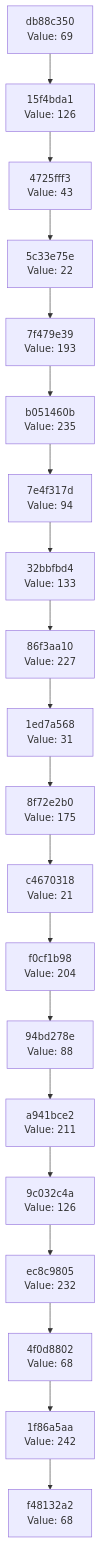
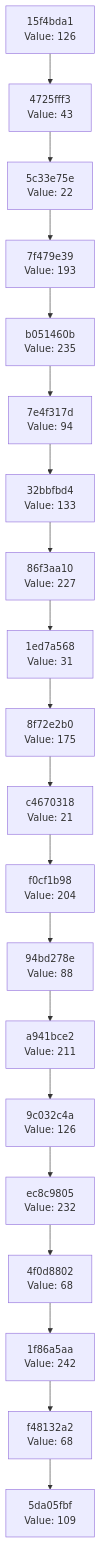
The diagram in docs/CHAIN_VISUALIZATION.md (Abhisheksinha1506/hash-chain-evolver), drawn with Mermaid before and after one commit. The commit also changed 2 other files, not shown here.

Commit message:
Evolution step: hash 0x6D → action executed

````diff
--- a/docs/CHAIN_VISUALIZATION.md
+++ b/docs/CHAIN_VISUALIZATION.md
@@ -3,42 +3,42 @@
 ```mermaid
 graph TD
-    C0["f48132a2<br/>Value: 68"]
-    C1["1f86a5aa<br/>Value: 242"]
+    C0["5da05fbf<br/>Value: 109"]
+    C1["f48132a2<br/>Value: 68"]
     C1 --> C0
-    C2["4f0d8802<br/>Value: 68"]
+    C2["1f86a5aa<br/>Value: 242"]
     C2 --> C1
-    C3["ec8c9805<br/>Value: 232"]
+    C3["4f0d8802<br/>Value: 68"]
     C3 --> C2
-    C4["9c032c4a<br/>Value: 126"]
+    C4["ec8c9805<br/>Value: 232"]
     C4 --> C3
-    C5["a941bce2<br/>Value: 211"]
+    C5["9c032c4a<br/>Value: 126"]
     C5 --> C4
-    C6["94bd278e<br/>Value: 88"]
+    C6["a941bce2<br/>Value: 211"]
     C6 --> C5
-    C7["f0cf1b98<br/>Value: 204"]
+    C7["94bd278e<br/>Value: 88"]
     C7 --> C6
-    C8["c4670318<br/>Value: 21"]
+    C8["f0cf1b98<br/>Value: 204"]
     C8 --> C7
-    C9["8f72e2b0<br/>Value: 175"]
+    C9["c4670318<br/>Value: 21"]
     C9 --> C8
-    C10["1ed7a568<br/>Value: 31"]
+    C10["8f72e2b0<br/>Value: 175"]
     C10 --> C9
-    C11["86f3aa10<br/>Value: 227"]
+    C11["1ed7a568<br/>Value: 31"]
     C11 --> C10
-    C12["32bbfbd4<br/>Value: 133"]
+    C12["86f3aa10<br/>Value: 227"]
     C12 --> C11
-    C13["7e4f317d<br/>Value: 94"]
+    C13["32bbfbd4<br/>Value: 133"]
     C13 --> C12
-    C14["b051460b<br/>Value: 235"]
+    C14["7e4f317d<br/>Value: 94"]
     C14 --> C13
-    C15["7f479e39<br/>Value: 193"]
+    C15["b051460b<br/>Value: 235"]
     C15 --> C14
-    C16["5c33e75e<br/>Value: 22"]
+    C16["7f479e39<br/>Value: 193"]
     C16 --> C15
-    C17["4725fff3<br/>Value: 43"]
+    C17["5c33e75e<br/>Value: 22"]
     C17 --> C16
-    C18["15f4bda1<br/>Value: 126"]
+    C18["4725fff3<br/>Value: 43"]
     C18 --> C17
-    C19["db88c350<br/>Value: 69"]
+    C19["15f4bda1<br/>Value: 126"]
     C19 --> C18
 ```
````
